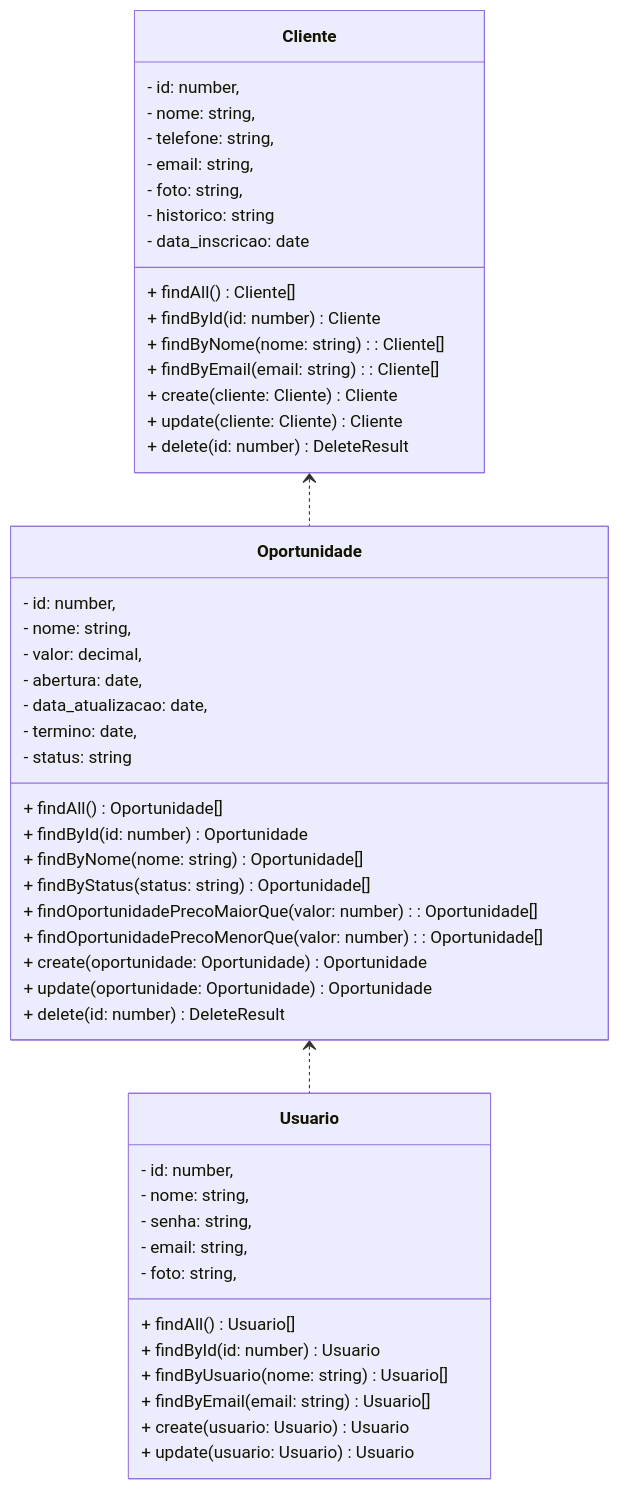
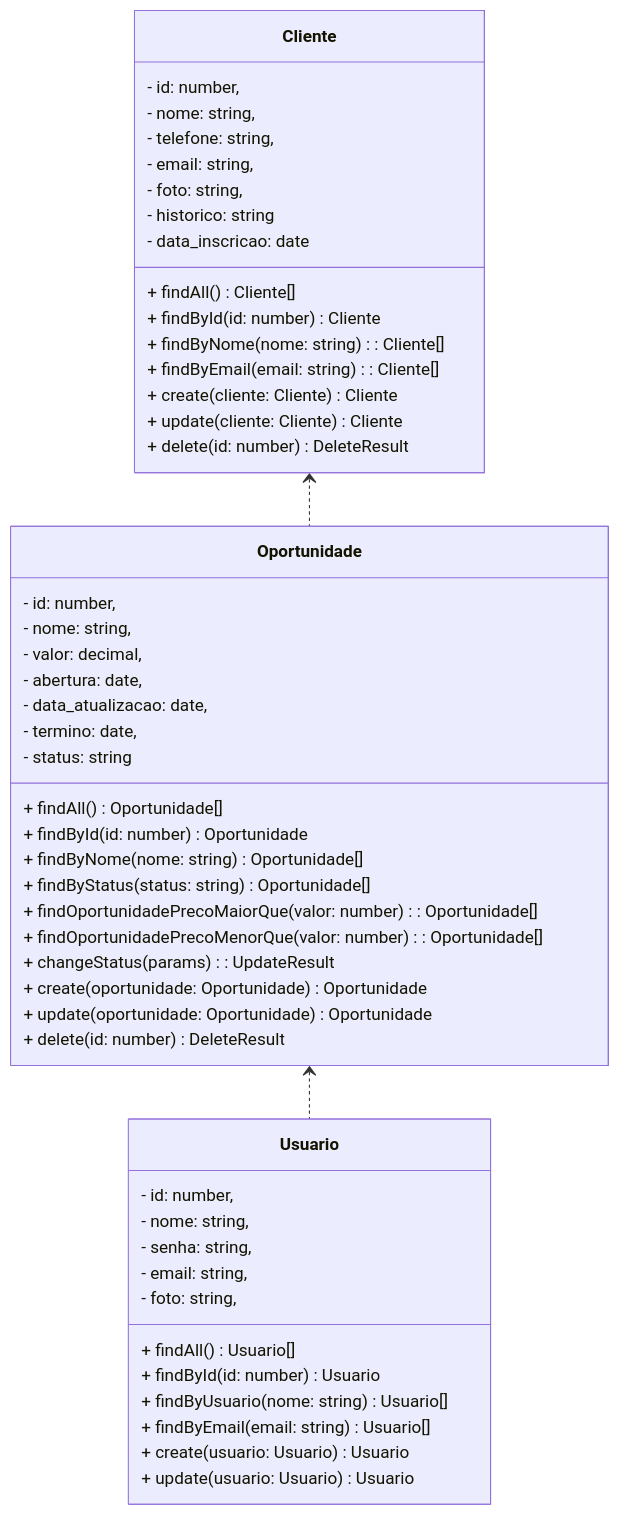
The diagram in README.md (grupo-02-turma-javascript-06/crm-backend), drawn with Mermaid before and after one commit.

Commit message:
:books: docs: Atualizado a documentação

````diff
--- a/README.md
+++ b/README.md
@@ -57,52 +57,53 @@
 ```mermaid
 classDiagram
 class Usuario{
   - id: number,
   - nome: string,
   - senha: string,
   - email: string,
   - foto: string,
   + findAll() Usuario[]
   + findById(id: number) Usuario
   + findByUsuario(nome: string) Usuario[]
   + findByEmail(email: string) Usuario[]
   + create(usuario: Usuario) Usuario
   + update(usuario: Usuario) Usuario
 }
 class Cliente{
   - id: number,
   - nome: string,
   - telefone: string,
   - email: string,
   - foto: string,
   - historico: string
   - data_inscricao: date
   + findAll() Cliente[]
   + findById(id: number) Cliente
   + findByNome(nome: string): Cliente[]
   + findByEmail(email: string): Cliente[]
   + create(cliente: Cliente) Cliente
   + update(cliente: Cliente) Cliente
   + delete(id: number) DeleteResult
 }
 class Oportunidade{
   - id: number,
   - nome: string,
   - valor: decimal,
   - abertura: date,
   - data_atualizacao: date,
   - termino: date,
   - status: string
   + findAll() Oportunidade[]
   + findById(id: number) Oportunidade
   + findByNome(nome: string) Oportunidade[]
   + findByStatus(status: string) Oportunidade[]
   + findOportunidadePrecoMaiorQue(valor: number): Oportunidade[]
   + findOportunidadePrecoMenorQue(valor: number): Oportunidade[]
+  + changeStatus(params): UpdateResult
   + create(oportunidade: Oportunidade) Oportunidade
   + update(oportunidade: Oportunidade) Oportunidade
   + delete(id: number) DeleteResult
 }
 Cliente <.. Oportunidade
 Oportunidade <.. Usuario
 ```
````
